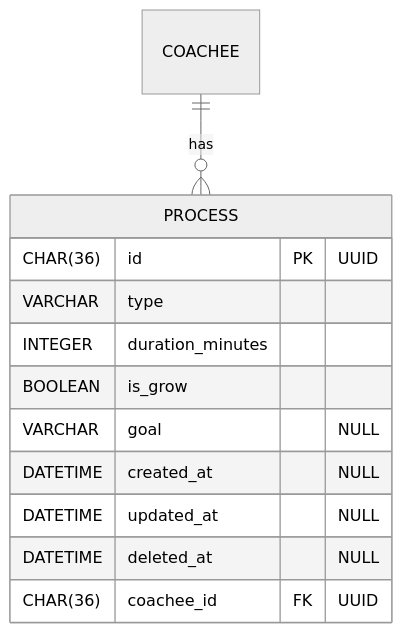
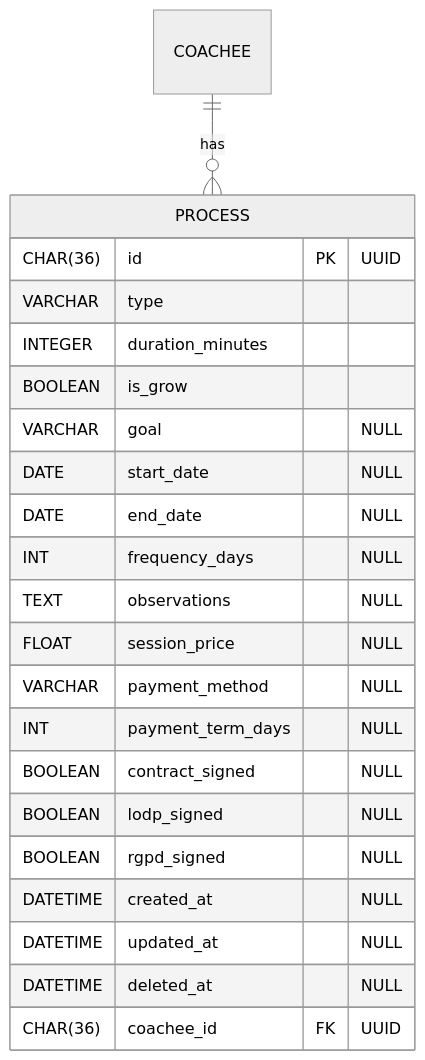
Before and after one commit to soyjuandelgado/coach-assistant: the fourth of 4 diagrams in README.md, drawn with Mermaid (neutral theme). The commit also changed 15 other files, not shown here.

````diff
--- a/README.md
+++ b/README.md
@@ -167,16 +167,26 @@
 ```mermaid
 erDiagram
   PROCESS {
     CHAR(36) id PK "UUID"
     VARCHAR type 
     INTEGER duration_minutes 
     BOOLEAN is_grow 
     VARCHAR goal "NULL"
+    DATE start_date "NULL"
+    DATE end_date "NULL"
+    INT frequency_days "NULL"
+    TEXT observations "NULL"
+    FLOAT session_price "NULL"
+    VARCHAR payment_method "NULL"
+    INT payment_term_days "NULL"
+    BOOLEAN contract_signed "NULL"
+    BOOLEAN lodp_signed "NULL"
+    BOOLEAN rgpd_signed "NULL"
     DATETIME created_at "NULL"
     DATETIME updated_at "NULL"
     DATETIME deleted_at "NULL"
     CHAR(36) coachee_id FK  "UUID"
   }
 
   COACHEE ||--o{ PROCESS : has
 ```
````
